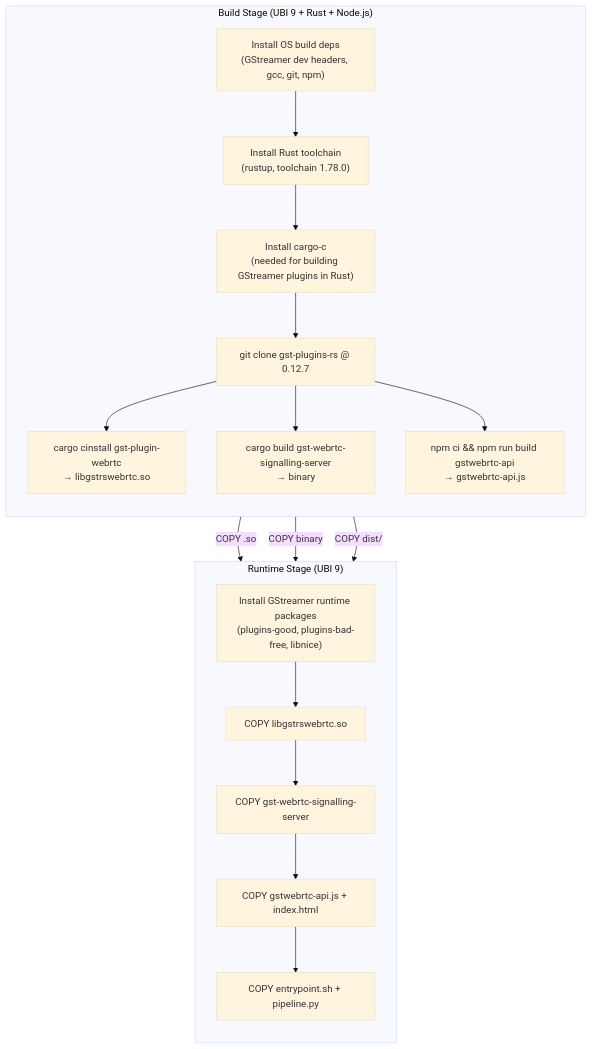
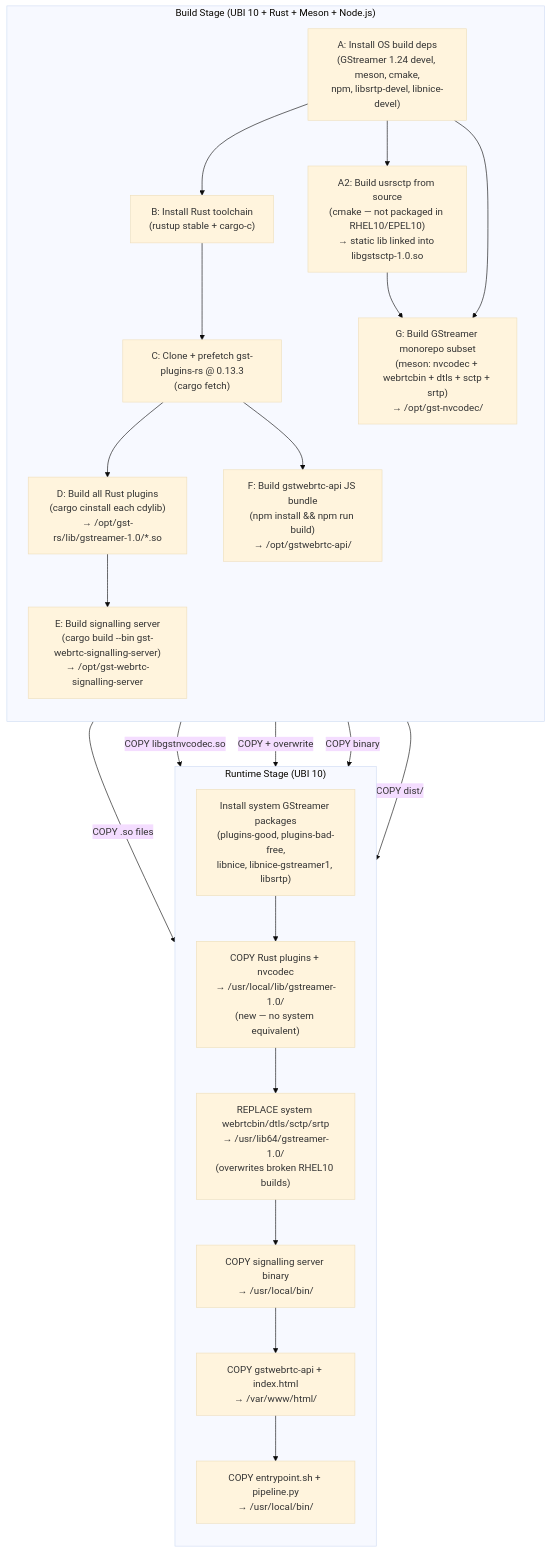
One commit to nhwalker/streamer-test changed the sixth of 7 diagrams in README.md. Above: the diagram before and after it, drawn with Mermaid (base theme). The commit also changed other lines of this file, not shown here.

Commit message:
docs: update README for UBI 10, accurate from-source build details
- Base image: UBI 9 → UBI 10; GStreamer 1.22.x → 1.24.x throughout
- gst-plugins-rs version: 0.12.7 → 0.13.3 (targets gstreamer-rs 0.23 / GStreamer ≥ 1.24)
- Build process diagram: add usrsctp (cmake, not packaged in RHEL10/EPEL10), GStreamer
  monorepo meson build (nvcodec + webrtcbin + dtls + sctp + srtp)
- Explain the root cause: RHEL10's webrtcbin is compiled without libsrtp2, making
  DTLS-SRTP negotiation silently fail — and why rebuilding from source fixes it
- Container internals: fix plugin path /usr/local/lib64 → /usr/local/lib; show
  the replaced system webrtcbin/dtls/sctp/srtp plugins alongside new plugins
- Configuration table: add GST_WEBRTC_TURN_SERVER; fix H.264 software fallback note
  (RPM Fusion Free provides gstreamer1-plugins-ugly in the runtime stage)
- ToC: remove "Adapting for Wayland" stub entry that had no corresponding section

https://claude.ai/code/session_01RdowaLYfofGZ2kFkxJNE5K

````diff
--- a/README.md
+++ b/README.md
@@ -233,32 +234,38 @@
 ```mermaid
 flowchart TD
-    subgraph build["Build Stage (UBI 9 + Rust + Node.js)"]
+    subgraph build["Build Stage (UBI 10 + Rust + Meson + Node.js)"]
         direction TB
-        A["Install OS build deps\n(GStreamer dev headers, gcc, git, npm)"]
-        B["Install Rust toolchain\n(rustup, toolchain 1.78.0)"]
-        C["Install cargo-c\n(needed for building GStreamer plugins in Rust)"]
-        D["git clone gst-plugins-rs @ 0.12.7"]
-        E["cargo cinstall gst-plugin-webrtc\n→ libgstrswebrtc.so"]
-        F["cargo build gst-webrtc-signalling-server\n→ binary"]
-        G["npm ci && npm run build gstwebrtc-api\n→ gstwebrtc-api.js"]
+        A["A: Install OS build deps\n(GStreamer 1.24 devel, meson, cmake,\nnpm, libsrtp-devel, libnice-devel)"]
+        A2["A2: Build usrsctp from source\n(cmake — not packaged in RHEL10/EPEL10)\n→ static lib linked into libgstsctp-1.0.so"]
+        B["B: Install Rust toolchain\n(rustup stable + cargo-c)"]
+        C["C: Clone + prefetch gst-plugins-rs @ 0.13.3\n(cargo fetch)"]
+        D["D: Build all Rust plugins\n(cargo cinstall each cdylib)\n→ /opt/gst-rs/lib/gstreamer-1.0/*.so"]
+        E["E: Build signalling server\n(cargo build --bin gst-webrtc-signalling-server)\n→ /opt/gst-webrtc-signalling-server"]
+        F["F: Build gstwebrtc-api JS bundle\n(npm install && npm run build)\n→ /opt/gstwebrtc-api/"]
+        G["G: Build GStreamer monorepo subset\n(meson: nvcodec + webrtcbin + dtls + sctp + srtp)\n→ /opt/gst-nvcodec/"]
 
+        A --> A2
         A --> B --> C --> D --> E
-        D --> F
-        D --> G
+        C --> F
+        A2 --> G
+        A --> G
     end
 
-    subgraph runtime["Runtime Stage (UBI 9)"]
+    subgraph runtime["Runtime Stage (UBI 10)"]
         direction TB
-        H["Install GStreamer runtime packages\n(plugins-good, plugins-bad-free, libnice)"]
-        I["COPY libgstrswebrtc.so"]
-        J["COPY gst-webrtc-signalling-server"]
-        K["COPY gstwebrtc-api.js + index.html"]
-        L["COPY entrypoint.sh + pipeline.py"]
+        H["Install system GStreamer packages\n(plugins-good, plugins-bad-free,\nlibnice, libnice-gstreamer1, libsrtp)"]
+        I["COPY Rust plugins + nvcodec\n→ /usr/local/lib/gstreamer-1.0/\n(new — no system equivalent)"]
+        J["REPLACE system webrtcbin/dtls/sctp/srtp\n→ /usr/lib64/gstreamer-1.0/\n(overwrites broken RHEL10 builds)"]
+        K["COPY signalling server binary\n→ /usr/local/bin/"]
+        L["COPY gstwebrtc-api + index.html\n→ /var/www/html/"]
+        M["COPY entrypoint.sh + pipeline.py\n→ /usr/local/bin/"]
 
-        H --> I --> J --> K --> L
+        H --> I --> J --> K --> L --> M
     end
 
-    E -->|"COPY .so"| I
-    F -->|"COPY binary"| J
-    G -->|"COPY dist/"| K
+    D -->|"COPY .so files"| I
+    G -->|"COPY libgstnvcodec.so"| I
+    G -->|"COPY + overwrite"| J
+    E -->|"COPY binary"| K
+    F -->|"COPY dist/"| L
 ```
````
